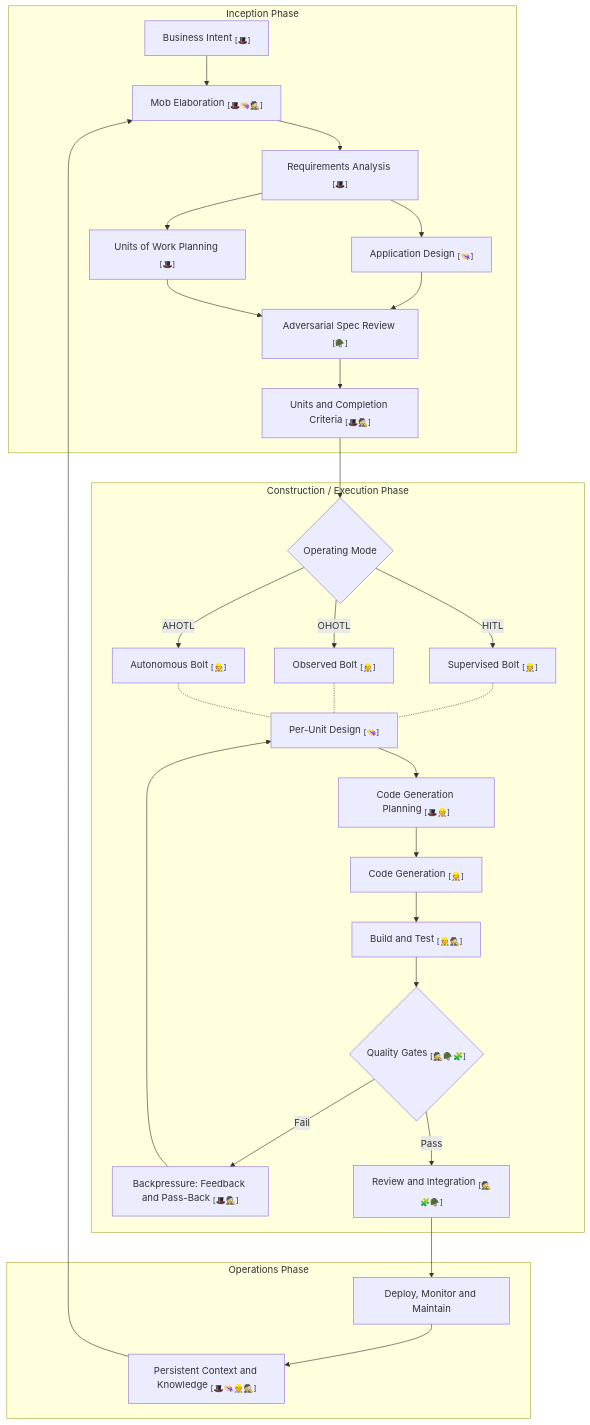
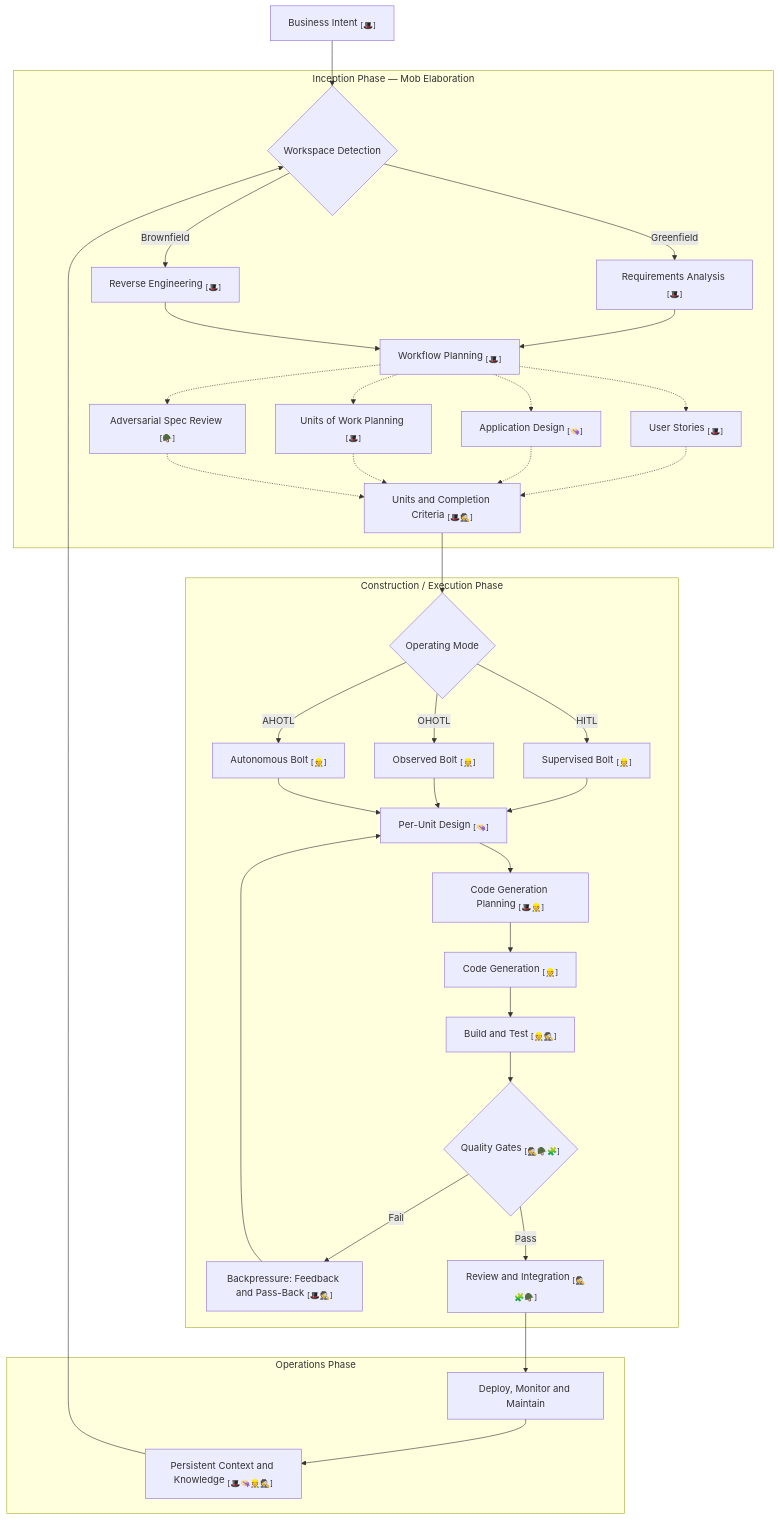
One commit to welldesignedsystem/welldesignedsystem.github.io changed the second of 3 diagrams in content/english/blog/ai/fintech/ai-dlc.md. Above: the diagram before and after it, drawn with Mermaid. The commit also changed other lines of this file, not shown here.

Commit message:
Enhance AI-DLC markdown with role personas and clarify inception phase workflow

````diff
--- a/content/english/blog/ai/fintech/ai-dlc.md
+++ b/content/english/blog/ai/fintech/ai-dlc.md
@@ -525,37 +525,43 @@
 ```mermaid
 flowchart TD
+    A["Business Intent <sub>[🎩]</sub>"] --> B{Workspace Detection}
 
-    subgraph INC[Inception Phase]
-        A["Business Intent <sub>[🎩]</sub>"] --> B["Mob Elaboration <sub>[🎩👒🕵️]</sub>"]
-        B --> C["Requirements Analysis <sub>[🎩]</sub>"]
-        C --> D["Application Design <sub>[👒]</sub>"]
-        C --> E["Units of Work Planning <sub>[🎩]</sub>"]
-        D --> F["Adversarial Spec Review <sub>[🪖]</sub>"]
+    subgraph INC[Inception Phase — Mob Elaboration]
+        B -->|Greenfield| D["Requirements Analysis <sub>[🎩]</sub>"]
+        B -->|Brownfield| E["Reverse Engineering <sub>[🎩]</sub>"]
+        D --> F["Workflow Planning <sub>[🎩]</sub>"]
         E --> F
-        F --> G["Units and Completion Criteria <sub>[🎩🕵️]</sub>"]
+        F -.-> G1["User Stories <sub>[🎩]</sub>"]
+        F -.-> G2["Application Design <sub>[👒]</sub>"]
+        F -.-> G3["Units of Work Planning <sub>[🎩]</sub>"]
+        F -.-> G4["Adversarial Spec Review <sub>[🪖]</sub>"]
+        G1 -.-> H["Units and Completion Criteria <sub>[🎩🕵️]</sub>"]
+        G2 -.-> H
+        G3 -.-> H
+        G4 -.-> H
     end
 
     subgraph CON[Construction / Execution Phase]
-        G --> H{Operating Mode}
-        H -->|HITL| I1["Supervised Bolt <sub>[👷]</sub>"]
-        H -->|OHOTL| I2["Observed Bolt <sub>[👷]</sub>"]
-        H -->|AHOTL| I3["Autonomous Bolt <sub>[👷]</sub>"]
-        I1 -.- J["Per-Unit Design <sub>[👒]</sub>"]
-        I2 -.- J
-        I3 -.- J
-        J --> K["Code Generation Planning <sub>[🎩👷]</sub>"]
-        K --> L["Code Generation <sub>[👷]</sub>"]
-        L --> M["Build and Test <sub>[👷🕵️]</sub>"]
-        M --> N{"Quality Gates <sub>[🕵️🪖🧩]</sub>"}
-        N -->|Fail| O["Backpressure: Feedback and Pass-Back <sub>[🎩🕵️]</sub>"]
-        O --> J
-        N -->|Pass| P["Review and Integration <sub>[🕵️🧩🪖]</sub>"]
+        H --> I{Operating Mode}
+        I -->|HITL| J1["Supervised Bolt <sub>[👷]</sub>"]
+        I -->|OHOTL| J2["Observed Bolt <sub>[👷]</sub>"]
+        I -->|AHOTL| J3["Autonomous Bolt <sub>[👷]</sub>"]
+        J1 --> K["Per-Unit Design <sub>[👒]</sub>"]
+        J2 --> K
+        J3 --> K
+        K --> M["Code Generation Planning <sub>[🎩👷]</sub>"]
+        M --> N["Code Generation <sub>[👷]</sub>"]
+        N --> O["Build and Test <sub>[👷🕵️]</sub>"]
+        O --> P{"Quality Gates <sub>[🕵️🪖🧩]</sub>"}
+        P -->|Fail| Q["Backpressure: Feedback and Pass-Back <sub>[🎩🕵️]</sub>"]
+        Q --> K
+        P -->|Pass| R["Review and Integration <sub>[🕵️🧩🪖]</sub>"]
     end
 
     subgraph OPS[Operations Phase]
-        P --> Q["Deploy, Monitor and Maintain"]
-        Q --> R["Persistent Context and Knowledge <sub>[🎩👒👷🕵️]</sub>"]
+        R --> S["Deploy, Monitor and Maintain"]
+        S --> T["Persistent Context and Knowledge <sub>[🎩👒👷🕵️]</sub>"]
     end
 
-    R --> B
+    T --> B
 ```
````
